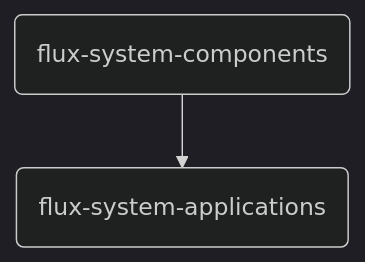
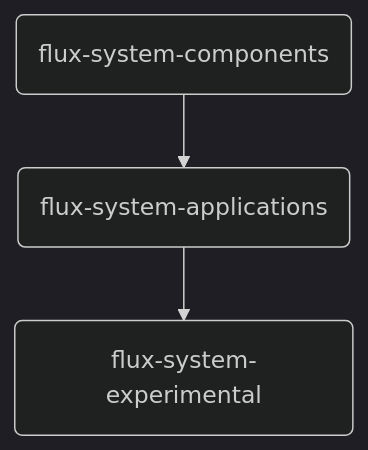
The first of 6 diagrams in docs/src/design_software.md (Azure/osdu-developer), drawn with Mermaid (dark theme) before and after one commit. The commit also changed other lines of this file and 2 other files, not shown here.

````diff
--- a/docs/src/design_software.md
+++ b/docs/src/design_software.md
@@ -11,6 +19,8 @@
 ```mermaid
 flowchart TD
   FluxSystemComponents("flux-system-components")
   FluxSystemApplications("flux-system-applications")
+  FluxSystemExperimental("flux-system-experimental")
   FluxSystemComponents-->FluxSystemApplications
+  FluxSystemApplications-->FluxSystemExperimental
 ```
````
